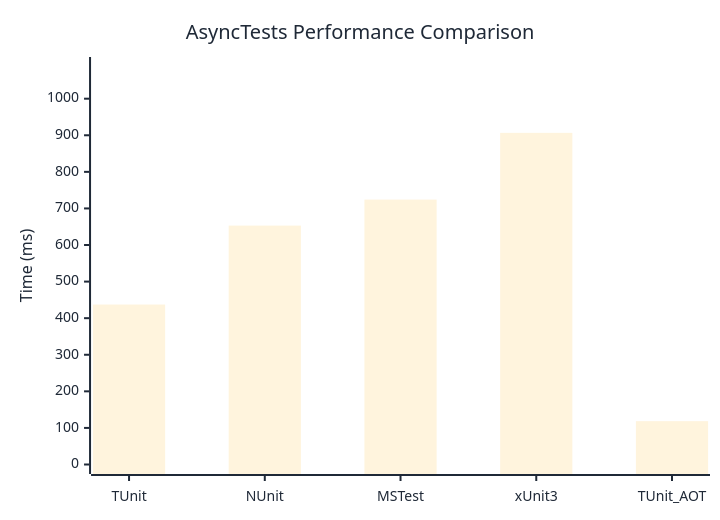
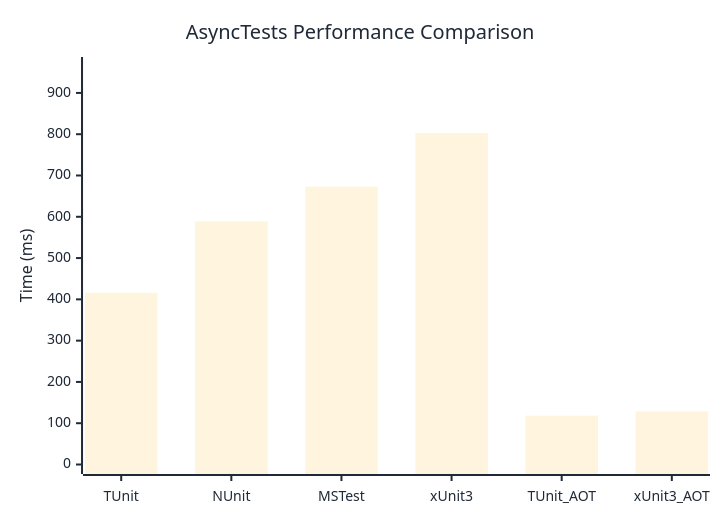
Before and after one commit to thomhurst/TUnit: the diagram in docs/docs/benchmarks/engine/AsyncTests.md, drawn with Mermaid. The commit also changed other lines of this file and 18 other files, not shown here.

````diff
--- a/docs/docs/benchmarks/engine/AsyncTests.md
+++ b/docs/docs/benchmarks/engine/AsyncTests.md
@@ -29,37 +30,37 @@
 ```mermaid
 %%{init: {
   'theme':'base',
   'themeVariables': {
     'primaryColor': '#2563eb',
     'primaryTextColor': '#1f2937',
     'primaryBorderColor': '#1e40af',
     'lineColor': '#6b7280',
     'secondaryColor': '#7c3aed',
     'tertiaryColor': '#dc2626',
     'background': '#ffffff',
     'mainBkg': '#2563eb',
     'secondBkg': '#7c3aed',
     'tertiaryBkg': '#dc2626',
     'clusterBkg': '#f3f4f6',
     'edgeLabelBackground': '#ffffff',
     'tertiaryTextColor': '#1f2937',
     'pie1': '#2563eb',
     'pie2': '#7c3aed',
     'pie3': '#dc2626',
     'pie4': '#f59e0b',
     'pie5': '#10b981',
     'pie6': '#06b6d4',
     'pie7': '#ec4899',
     'pie8': '#6366f1',
     'pie9': '#84cc16',
     'pie10': '#f97316',
     'pie11': '#14b8a6',
     'pie12': '#a855f7'
   }
 }}%%
 xychart-beta
   title "AsyncTests Performance Comparison"
-  x-axis ["TUnit", "NUnit", "MSTest", "xUnit3", "TUnit_AOT"]
-  y-axis "Time (ms)" 0 --> 1088
-  bar [437.3, 653.1, 724.2, 906.6, 118.5]
+  x-axis ["TUnit", "NUnit", "MSTest", "xUnit3", "TUnit_AOT", "xUnit3_AOT"]
+  y-axis "Time (ms)" 0 --> 964
+  bar [415.9, 588.7, 672.9, 802.7, 118.3, 128.7]
 ```
````
